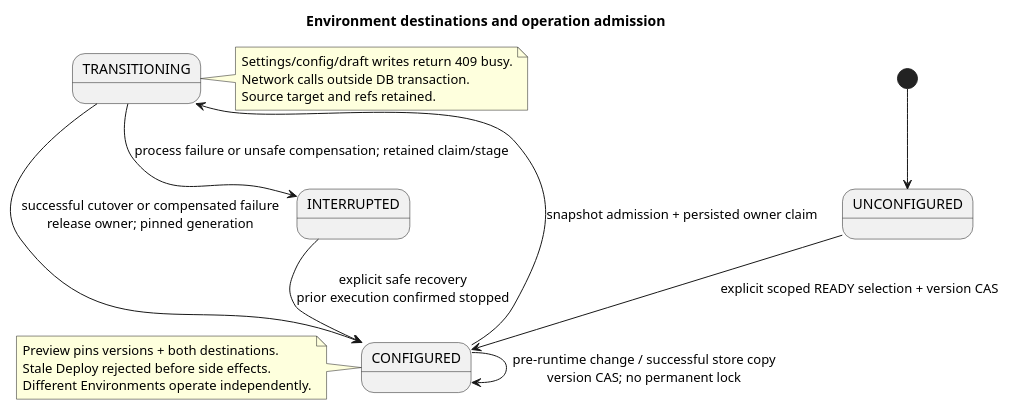
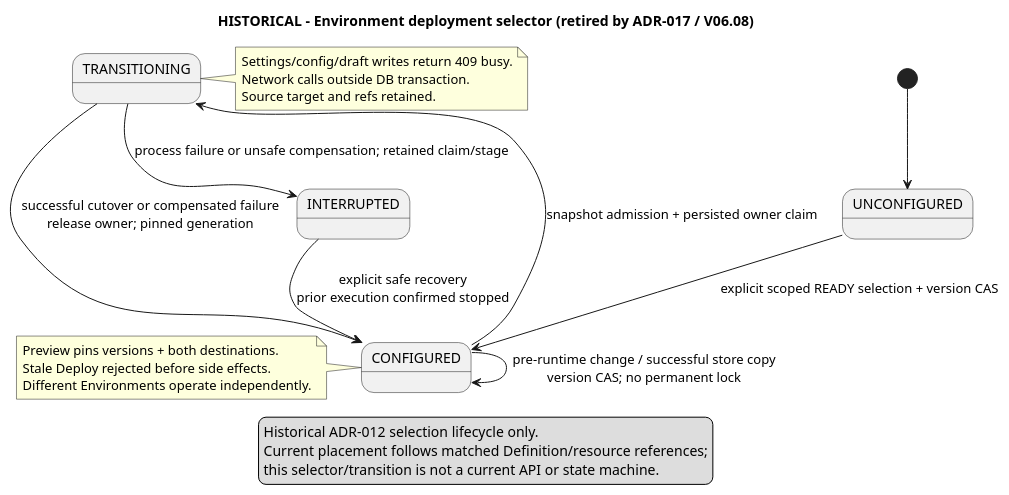
Before and after one commit to pr3s3nt/poc: the diagram in orchestrator_docs/architecture/state-machines/environment-target.puml, drawn with PlantUML. The commit also changed 222 other files, not shown here.

```diff
--- a/orchestrator_docs/architecture/state-machines/environment-target.puml
+++ b/orchestrator_docs/architecture/state-machines/environment-target.puml
@@ -1,20 +1,25 @@
 @startuml
-title Environment destinations and operation admission
+title HISTORICAL - Environment deployment selector (retired by ADR-017 / V06.08)
 [*] --> UNCONFIGURED
 UNCONFIGURED --> CONFIGURED : explicit scoped READY selection + version CAS
 CONFIGURED --> CONFIGURED : pre-runtime change / successful store copy\nversion CAS; no permanent lock
 CONFIGURED --> TRANSITIONING : snapshot admission + persisted owner claim
 TRANSITIONING --> CONFIGURED : successful cutover or compensated failure\nrelease owner; pinned generation
 TRANSITIONING --> INTERRUPTED : process failure or unsafe compensation; retained claim/stage
 INTERRUPTED --> CONFIGURED : explicit safe recovery\nprior execution confirmed stopped
 note right of TRANSITIONING
 Settings/config/draft writes return 409 busy.
 Network calls outside DB transaction.
 Source target and refs retained.
 end note
 note left of CONFIGURED
 Preview pins versions + both destinations.
 Stale Deploy rejected before side effects.
 Different Environments operate independently.
 end note
+legend bottom
+Historical ADR-012 selection lifecycle only.
+Current placement follows matched Definition/resource references;
+this selector/transition is not a current API or state machine.
+endlegend
 @enduml
```
